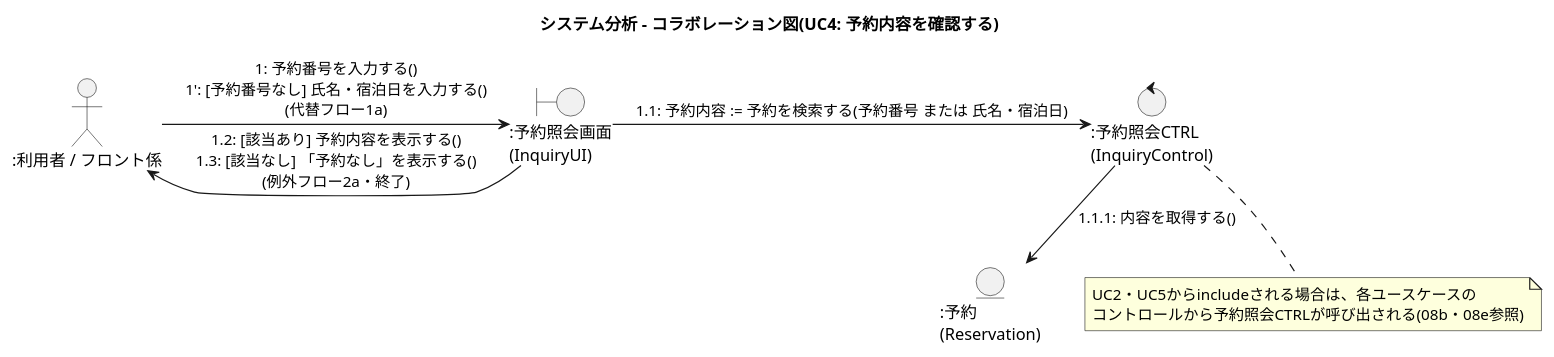
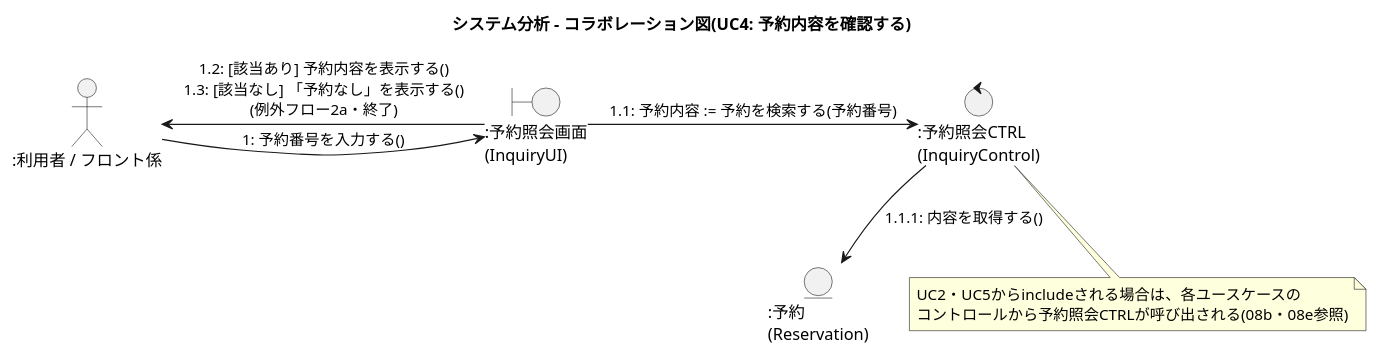
The diagram in docs/uml/08d_collaboration_uc4_inquiry.puml (doguto/waseda-hrs), drawn with PlantUML before and after one commit. The commit also changed 9 other files, not shown here.

First line of the commit message:
docs(uml): 裏付けのない代替フローを削除して整合させる

```diff
--- a/docs/uml/08d_collaboration_uc4_inquiry.puml
+++ b/docs/uml/08d_collaboration_uc4_inquiry.puml
@@ -1,16 +1,16 @@
 @startuml 08d_collaboration_uc4_inquiry
 title システム分析 - コラボレーション図(UC4: 予約内容を確認する)
 
 actor ":利用者 / フロント係" as Actor
 boundary ":予約照会画面\n(InquiryUI)" as UI
 control ":予約照会CTRL\n(InquiryControl)" as Ctrl
 entity ":予約\n(Reservation)" as Rsv
 
-Actor -right-> UI : 1: 予約番号を入力する()\n1': [予約番号なし] 氏名・宿泊日を入力する()\n(代替フロー1a)
+Actor -right-> UI : 1: 予約番号を入力する()
 UI -left-> Actor : 1.2: [該当あり] 予約内容を表示する()\n1.3: [該当なし] 「予約なし」を表示する()\n(例外フロー2a・終了)
-UI -right-> Ctrl : 1.1: 予約内容 := 予約を検索する(予約番号 または 氏名・宿泊日)
+UI -right-> Ctrl : 1.1: 予約内容 := 予約を検索する(予約番号)
 Ctrl -down-> Rsv : 1.1.1: 内容を取得する()
 
 note bottom of Ctrl : UC2・UC5からincludeされる場合は、各ユースケースの\nコントロールから予約照会CTRLが呼び出される(08b・08e参照)
 
 @enduml
```
